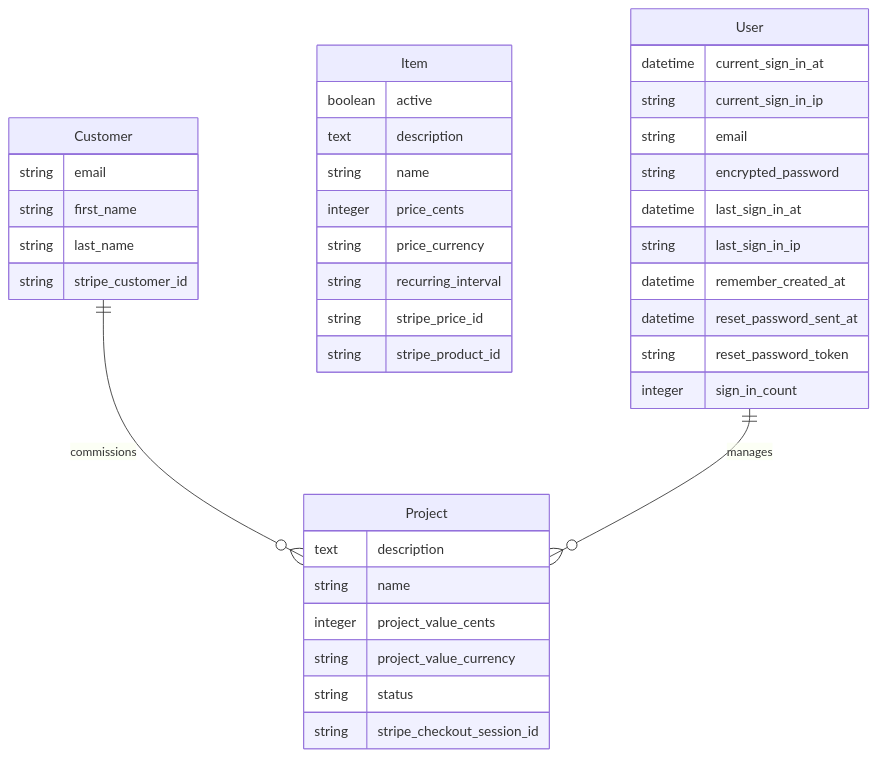
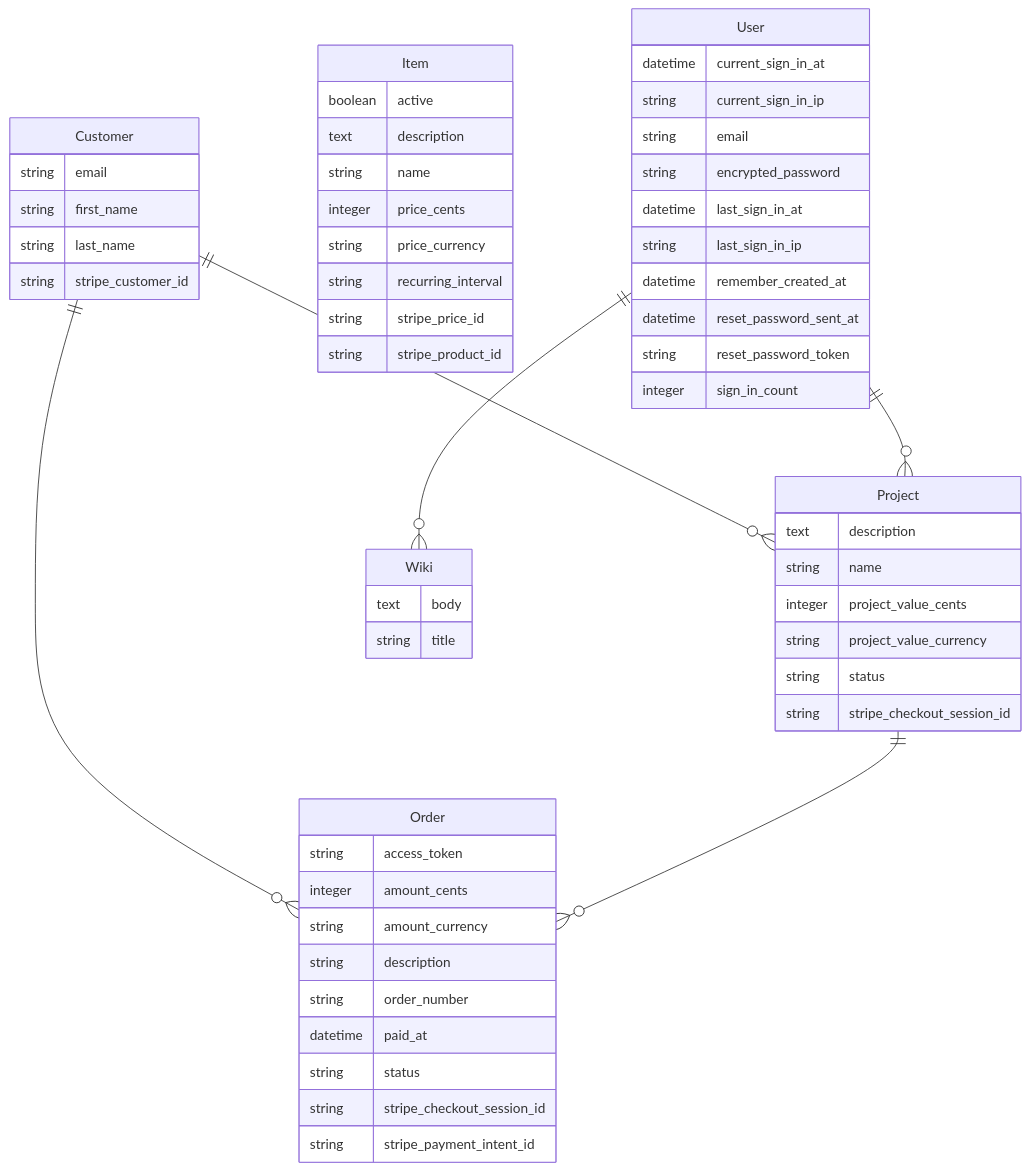
Before and after one commit to shenefelt-org/crystalrm: the diagram in erd.mmd, drawn with Mermaid. The commit also changed 4 other files, not shown here.

Commit message:
replaced bad creds file, changed puma config to run 3030 moved ruby version to 4.0.1 generated new erd

```diff
--- a/erd.mmd
+++ b/erd.mmd
@@ -1,45 +1,58 @@
 erDiagram
-    direction TB
-
-    Customer {
-        string email
-        string first_name
-        string last_name
-        string stripe_customer_id
-    }
-
-    Item {
-        boolean active
-        text description
-        string name
-        integer price_cents
-        string price_currency
-        string recurring_interval
-        string stripe_price_id
-        string stripe_product_id
-    }
-
-    Project {
-        text description
-        string name
-        integer project_value_cents
-        string project_value_currency
-        string status
-        string stripe_checkout_session_id
-    }
-
-    User {
-        datetime current_sign_in_at
-        string current_sign_in_ip
-        string email
-        string encrypted_password
-        datetime last_sign_in_at
-        string last_sign_in_ip
-        datetime remember_created_at
-        datetime reset_password_sent_at
-        string reset_password_token
-        integer sign_in_count
-    }
-
-    Customer ||--o{ Project : "commissions"
-    User ||--o{ Project : "manages"
+	direction TB
+	Customer {
+		string email
+		string first_name
+		string last_name
+		string stripe_customer_id
+	}
+	Item {
+		boolean active
+		text description
+		string name
+		integer price_cents
+		string price_currency
+		string recurring_interval
+		string stripe_price_id
+		string stripe_product_id
+	}
+	Order {
+		string access_token
+		integer amount_cents
+		string amount_currency
+		string description
+		string order_number
+		datetime paid_at
+		string status
+		string stripe_checkout_session_id
+		string stripe_payment_intent_id
+	}
+	Project {
+		text description
+		string name
+		integer project_value_cents
+		string project_value_currency
+		string status
+		string stripe_checkout_session_id
+	}
+	User {
+		datetime current_sign_in_at
+		string current_sign_in_ip
+		string email
+		string encrypted_password
+		datetime last_sign_in_at
+		string last_sign_in_ip
+		datetime remember_created_at
+		datetime reset_password_sent_at
+		string reset_password_token
+		integer sign_in_count
+	}
+	Wiki {
+		text body
+		string title
+	}
+	Customer ||--}o Project : ""
+	Customer ||--}o Order : ""
+	Project ||--}o Order : ""
+	User ||--}o Project : ""
+	User ||--}o Wiki : ""
```
